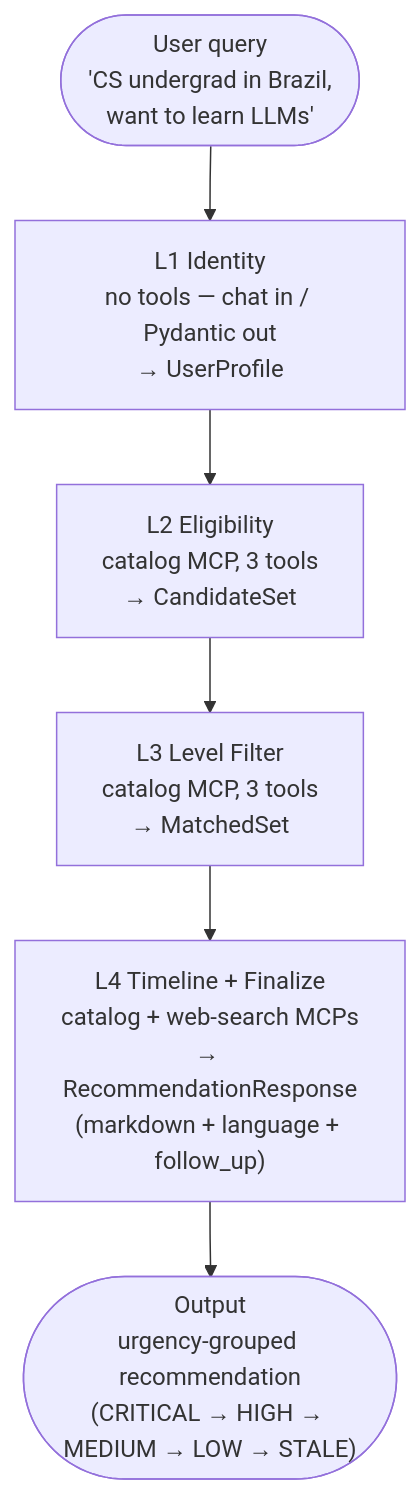
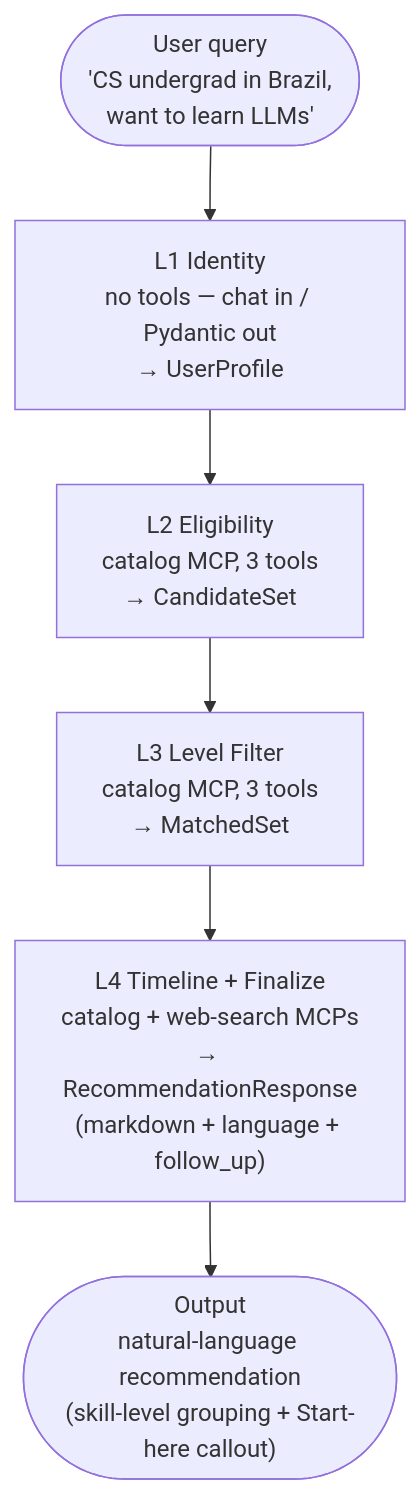
One commit to kannch8765/lumi changed the first of 2 diagrams in ARCHITECTURE.md. Above: the diagram before and after it, drawn with Mermaid. The commit also changed other lines of this file and 10 other files, not shown here.

````diff
--- a/ARCHITECTURE.md
+++ b/ARCHITECTURE.md
@@ -63,11 +63,11 @@
 ```mermaid
 flowchart TD
     User(["User query<br/>'CS undergrad in Brazil,<br/>want to learn LLMs'"])
     L1["L1 Identity<br/>no tools — chat in / Pydantic out<br/>→ UserProfile"]
     L2["L2 Eligibility<br/>catalog MCP, 3 tools<br/>→ CandidateSet"]
     L3["L3 Level Filter<br/>catalog MCP, 3 tools<br/>→ MatchedSet"]
     L4["L4 Timeline + Finalize<br/>catalog + web-search MCPs<br/>→ RecommendationResponse<br/>(markdown + language + follow_up)"]
-    Output(["Output<br/>urgency-grouped recommendation<br/>(CRITICAL → HIGH → MEDIUM → LOW → STALE)"])
+    Output(["Output<br/>natural-language recommendation<br/>(skill-level grouping + Start-here callout)"])
 
     User --> L1 --> L2 --> L3 --> L4 --> Output
 ```
````
